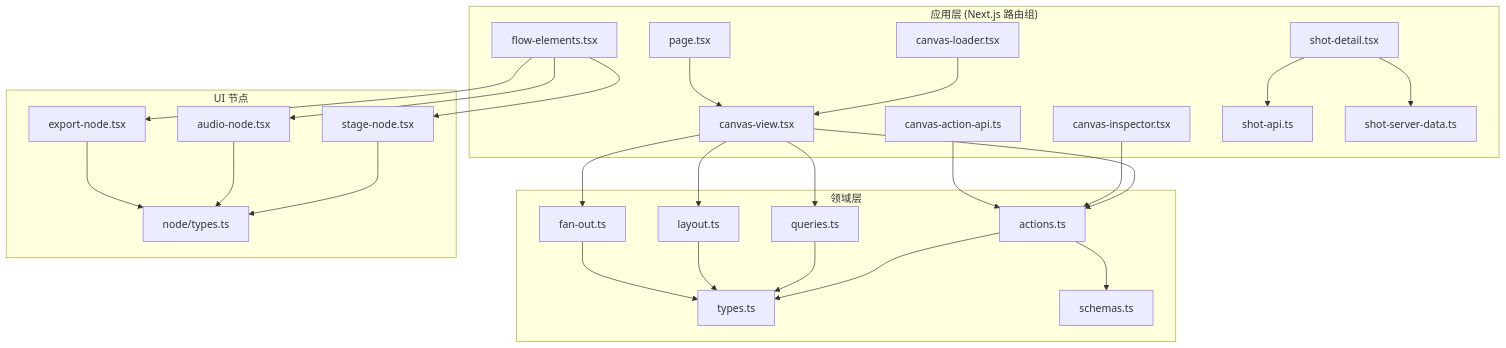
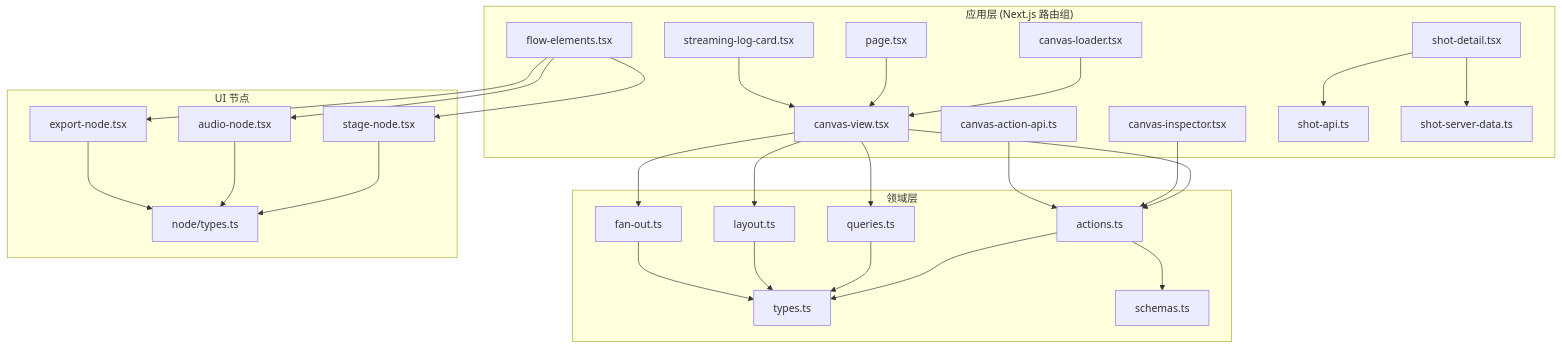
The first of 14 diagrams in .qoder/repowiki/zh/content/架构设计/核心模块设计/画布编辑器设计/画布编辑器设计.md (AIMFllyYS/code-video-canvas), drawn with Mermaid before and after one commit. The commit also changed other lines of this file and 47 other files, not shown here.

````diff
--- a/.qoder/repowiki/zh/content/架构设计/核心模块设计/画布编辑器设计/画布编辑器设计.md
+++ b/.qoder/repowiki/zh/content/架构设计/核心模块设计/画布编辑器设计/画布编辑器设计.md
@@ -59,49 +61,51 @@
 ```mermaid
 graph TB
 subgraph "应用层 (Next.js 路由组)"
 CV["canvas-view.tsx"]
 CI["canvas-inspector.tsx"]
 CL["canvas-loader.tsx"]
 FE["flow-elements.tsx"]
 PG["page.tsx"]
 API["canvas-action-api.ts"]
 SD["shot-detail.tsx"]
 SA["shot-api.ts"]
 SSD["shot-server-data.ts"]
+SLC["streaming-log-card.tsx"]
 end
 subgraph "领域层"
 T["types.ts"]
 S["schemas.ts"]
 A["actions.ts"]
 Q["queries.ts"]
 L["layout.ts"]
 FO["fan-out.ts"]
 end
 subgraph "UI 节点"
 SN["stage-node.tsx"]
 AN["audio-node.tsx"]
 EN["export-node.tsx"]
 NT["node/types.ts"]
 end
 CV --> A
 CV --> Q
 CV --> L
 CV --> FO
 CI --> A
 CL --> CV
 FE --> SN
 FE --> AN
 FE --> EN
 PG --> CV
 API --> A
 SD --> SA
 SD --> SSD
 SN --> NT
 AN --> NT
 EN --> NT
+SLC --> CV
 A --> T
 A --> S
 Q --> T
 L --> T
 FO --> T
 ```
````
